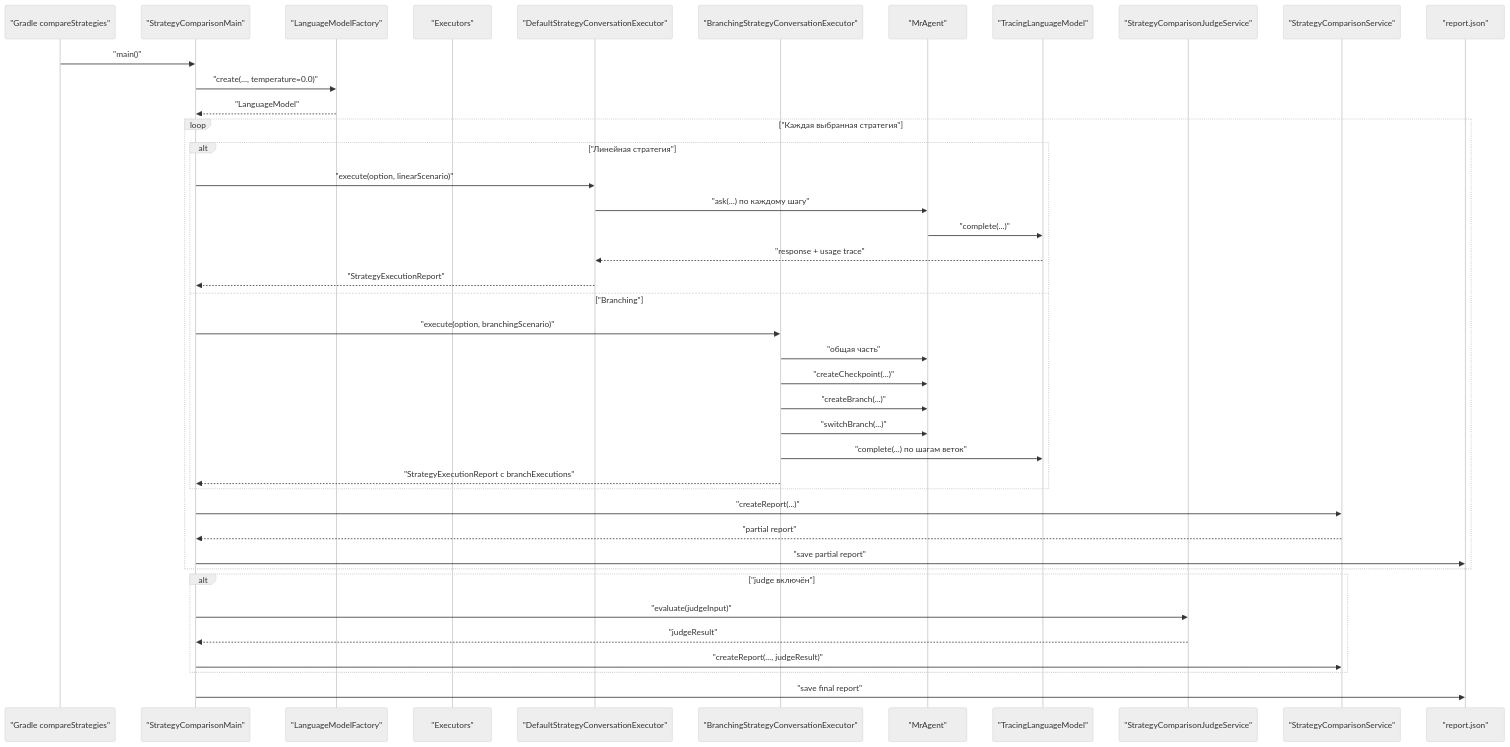
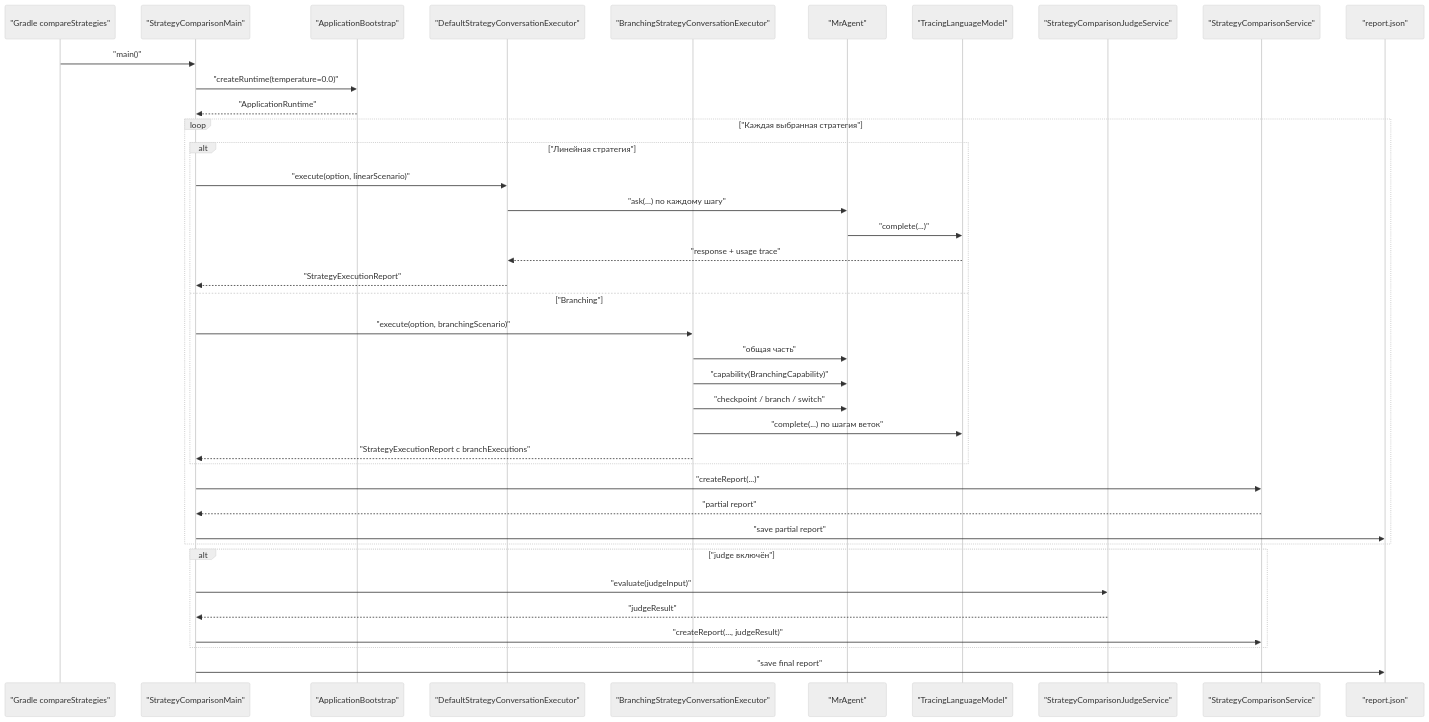
The second of 3 diagrams in README.md (karateka-git/ai_advent_day_10), drawn with Mermaid (neutral theme) before and after one commit. The commit also changed other lines of this file and 1 other file, not shown here.

Commit message:
Refresh README and fix branching comparison step limit

````diff
--- a/README.md
+++ b/README.md
@@ -226,47 +283,45 @@
 ```mermaid
 sequenceDiagram
     participant G as "Gradle compareStrategies"
     participant CM as "StrategyComparisonMain"
-    participant LF as "LanguageModelFactory"
-    participant EX as "Executors"
+    participant B as "ApplicationBootstrap"
     participant LE as "DefaultStrategyConversationExecutor"
     participant BE as "BranchingStrategyConversationExecutor"
     participant AG as "MrAgent"
     participant TL as "TracingLanguageModel"
     participant JS as "StrategyComparisonJudgeService"
     participant SR as "StrategyComparisonService"
     participant RF as "report.json"
 
     G->>CM: "main()"
-    CM->>LF: "create(..., temperature=0.0)"
-    LF-->>CM: "LanguageModel"
+    CM->>B: "createRuntime(temperature=0.0)"
+    B-->>CM: "ApplicationRuntime"
 
     loop "Каждая выбранная стратегия"
         alt "Линейная стратегия"
             CM->>LE: "execute(option, linearScenario)"
             LE->>AG: "ask(...) по каждому шагу"
             AG->>TL: "complete(...)"
             TL-->>LE: "response + usage trace"
             LE-->>CM: "StrategyExecutionReport"
         else "Branching"
             CM->>BE: "execute(option, branchingScenario)"
             BE->>AG: "общая часть"
-            BE->>AG: "createCheckpoint(...)"
-            BE->>AG: "createBranch(...)"
-            BE->>AG: "switchBranch(...)"
+            BE->>AG: "capability(BranchingCapability)"
+            BE->>AG: "checkpoint / branch / switch"
             BE->>TL: "complete(...) по шагам веток"
             BE-->>CM: "StrategyExecutionReport с branchExecutions"
         end
         CM->>SR: "createReport(...)"
         SR-->>CM: "partial report"
         CM->>RF: "save partial report"
     end
 
     alt "judge включён"
         CM->>JS: "evaluate(judgeInput)"
         JS-->>CM: "judgeResult"
         CM->>SR: "createReport(..., judgeResult)"
     end
 
     CM->>RF: "save final report"
 ```
````
